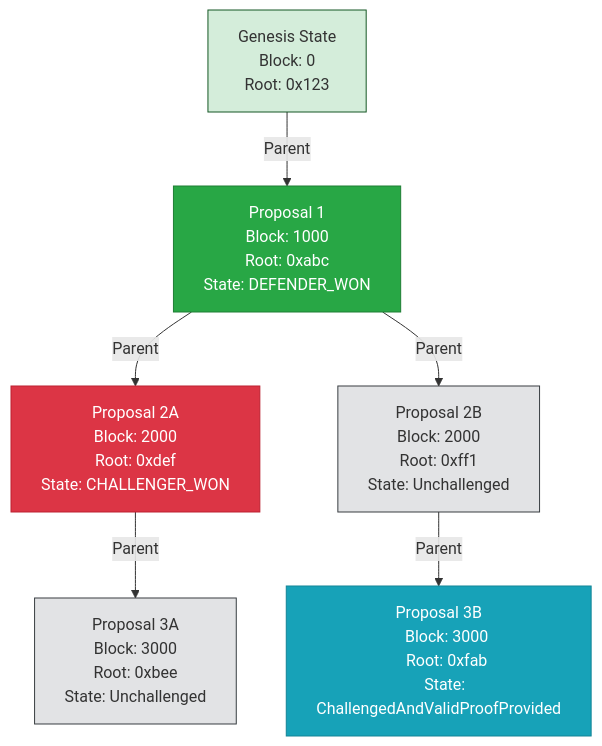
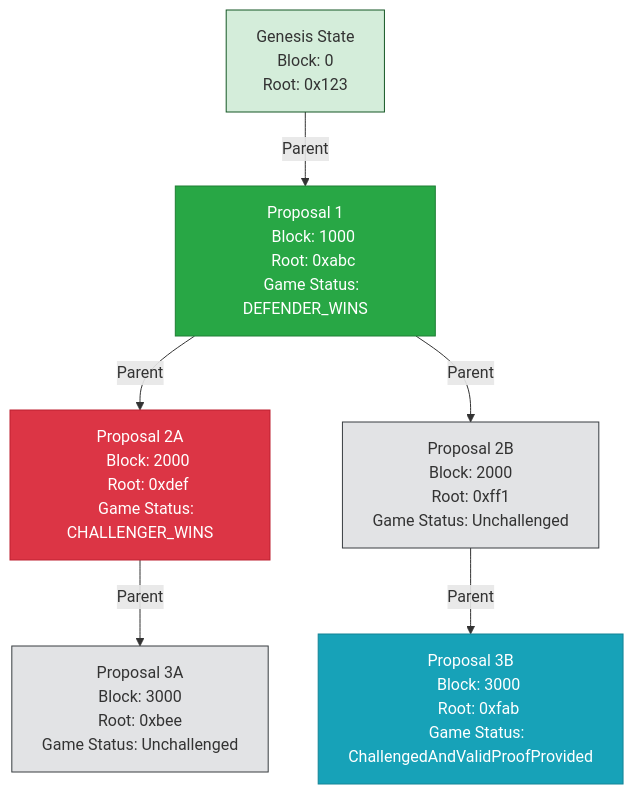
One commit to succinctlabs/op-succinct changed the diagram in book/fault_proofs/fault_proof_architecture.md. Above: the diagram before and after it, drawn with Mermaid. The commit also changed other lines of this file and 1 other file, not shown here.

````diff
--- a/book/fault_proofs/fault_proof_architecture.md
+++ b/book/fault_proofs/fault_proof_architecture.md
@@ -32,37 +35,37 @@
 ```mermaid
 graph TB
     A[Genesis State
     Block: 0
     Root: 0x123] --> |Parent| B[Proposal 1
     Block: 1000
     Root: 0xabc
-    State: DEFENDER_WON]
+    Game Status: DEFENDER_WINS]
     B --> |Parent| C[Proposal 2A
     Block: 2000
     Root: 0xdef
-    State: CHALLENGER_WON]
+    Game Status: CHALLENGER_WINS]
     B --> |Parent| D[Proposal 2B
     Block: 2000
     Root: 0xff1
-    State: Unchallenged]
+    Game Status: Unchallenged]
     C --> |Parent| E[Proposal 3A
     Block: 3000
     Root: 0xbee
-    State: Unchallenged]
+    Game Status: Unchallenged]
     D --> |Parent| F[Proposal 3B
     Block: 3000
     Root: 0xfab
-    State: ChallengedAndValidProofProvided]
+    Game Status: ChallengedAndValidProofProvided]
 
     classDef genesis fill:#d4edda,stroke:#155724
-    classDef defender_won fill:#28a745,stroke:#1e7e34,color:#fff
-    classDef challenger_won fill:#dc3545,stroke:#bd2130,color:#fff
+    classDef defender_wins fill:#28a745,stroke:#1e7e34,color:#fff
+    classDef challenger_wins fill:#dc3545,stroke:#bd2130,color:#fff
     classDef unchallenged fill:#e2e3e5,stroke:#383d41
     classDef proven fill:#17a2b8,stroke:#138496,color:#fff
 
     class A genesis
-    class B defender_won
-    class C challenger_won
+    class B defender_wins
+    class C challenger_wins
     class D,E unchallenged
     class F proven
 ```
````
